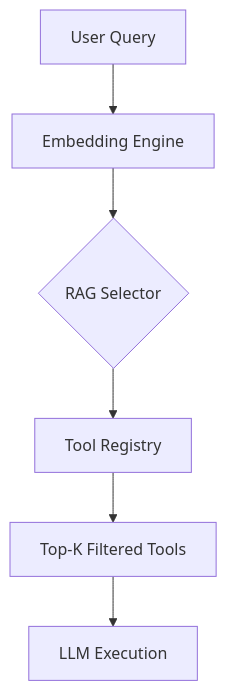
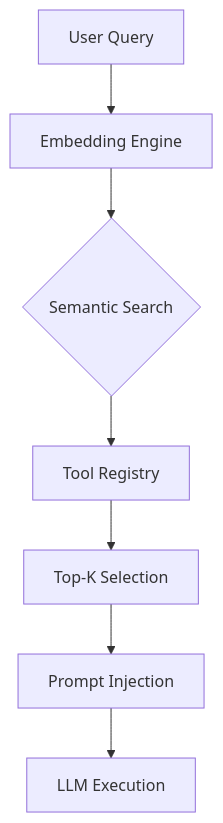
Before and after one commit to phuetz/code-buddy: the diagram in .codebuddy/docs/5-tools.md, drawn with Mermaid. The commit also changed other lines of this file and 15 other files, not shown here.

````diff
--- a/.codebuddy/docs/5-tools.md
+++ b/.codebuddy/docs/5-tools.md
@@ -5,8 +5,9 @@
 ```mermaid
 graph TD
     A[User Query] --> B[Embedding Engine]
-    B --> C{RAG Selector}
+    B --> C{Semantic Search}
     C --> D[Tool Registry]
-    D --> E[Top-K Filtered Tools]
-    E --> F[LLM Execution]
+    D --> E[Top-K Selection]
+    E --> F[Prompt Injection]
+    F --> G[LLM Execution]
 ```
````
